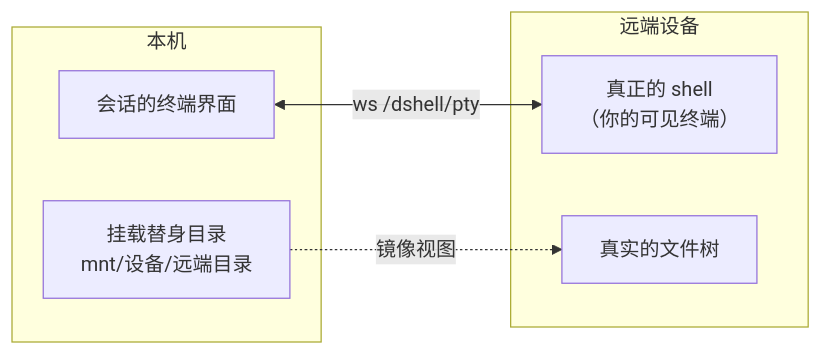
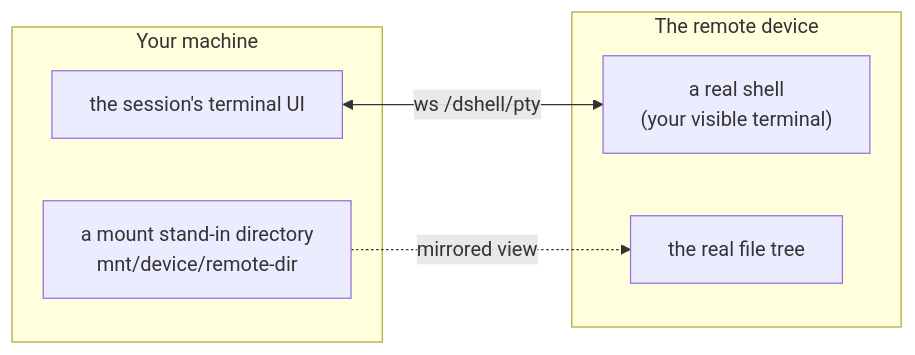
The fifth of 5 diagrams in README.md (Nexus-Aethra/Nexus-Shell), drawn with Mermaid before and after one commit. The commit also changed other lines of this file and 2 other files, not shown here.

````diff
--- a/README.md
+++ b/README.md
@@ -284,13 +306,13 @@
 ```mermaid
 flowchart LR
-  subgraph L["本机"]
-    S["会话的终端界面"]
-    M["挂载替身目录<br/>mnt/设备/远端目录"]
+  subgraph L["Your machine"]
+    S["the session's terminal UI"]
+    M["a mount stand-in directory<br/>mnt/device/remote-dir"]
   end
-  subgraph R["远端设备"]
-    T["真正的 shell<br/>（你的可见终端）"]
-    F["真实的文件树"]
+  subgraph R["The remote device"]
+    T["a real shell<br/>(your visible terminal)"]
+    F["the real file tree"]
   end
   S <-->|"ws /dshell/pty"| T
-  M -.->|"镜像视图"| F
+  M -.->|"mirrored view"| F
 ```
````
